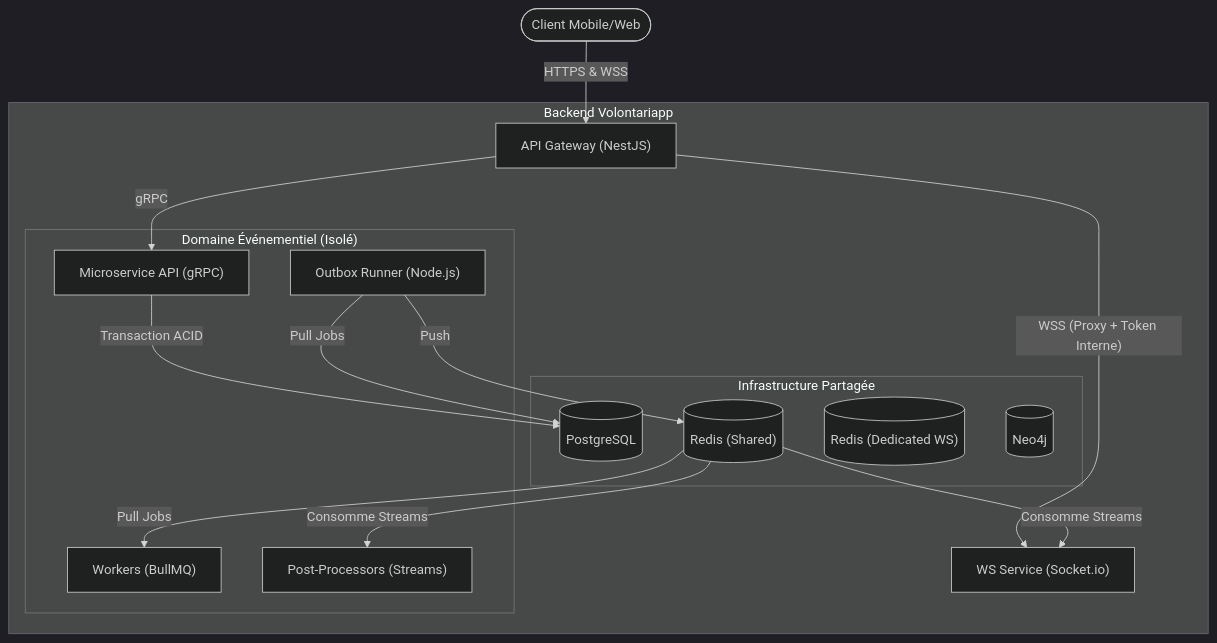
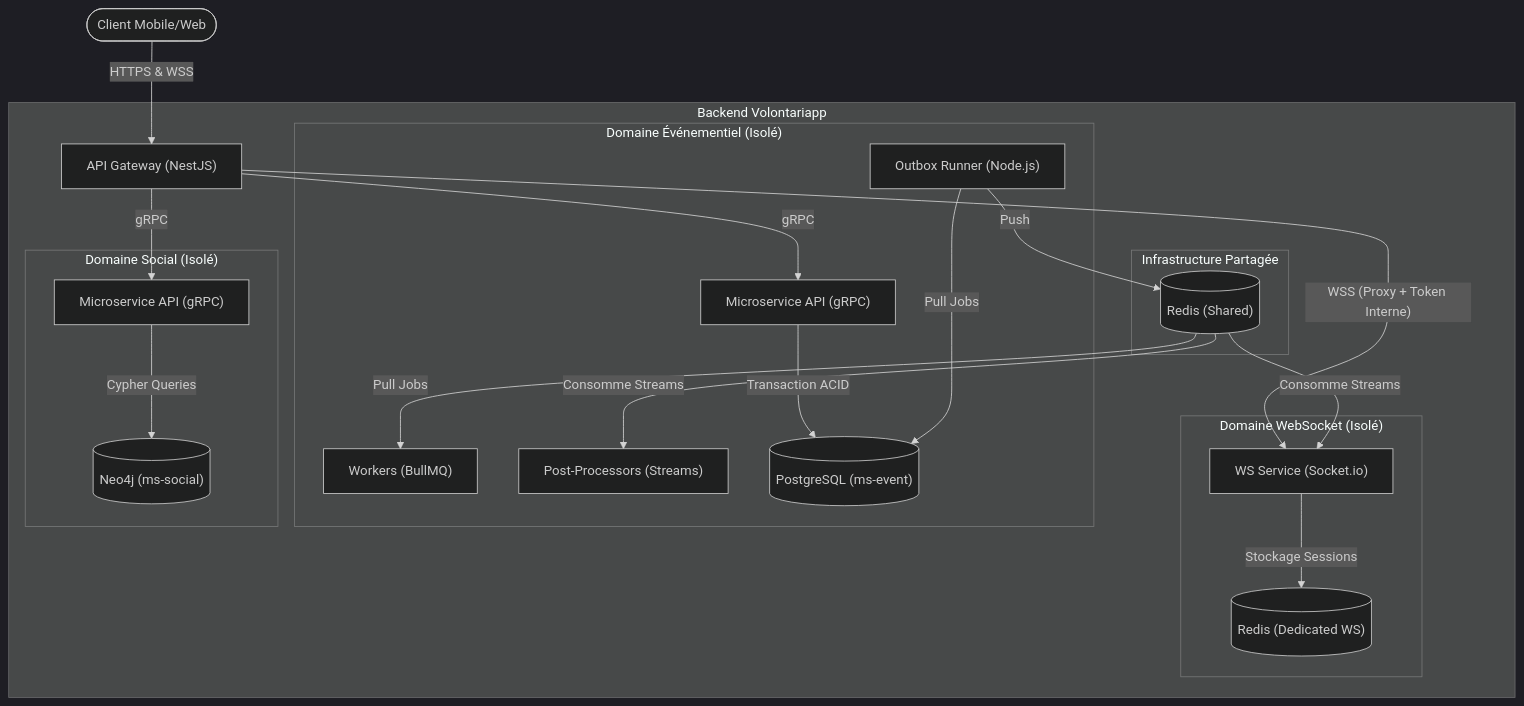
The diagram in docs/C2-Containers.md (Volontariapp/meta), drawn with Mermaid (dark theme) before and after one commit. The commit also changed other lines of this file, not shown here.

Commit message:
feat(docs): README up to date

````diff
--- a/docs/C2-Containers.md
+++ b/docs/C2-Containers.md
@@ -26,37 +27,48 @@
 ```mermaid
 flowchart TD
     user(["Client Mobile/Web"])
 
     subgraph backend ["Backend Volontariapp"]
         
         api_gateway["API Gateway (NestJS)"]
-        ws_service["WS Service (Socket.io)"]
+        
+        subgraph ws_domain ["Domaine WebSocket (Isolé)"]
+            ws_service["WS Service (Socket.io)"]
+            db_redis_ws[("Redis (Dedicated WS)")]
+        end
 
         subgraph domain_event ["Domaine Événementiel (Isolé)"]
             ms_event["Microservice API (gRPC)"]
             outbox_event["Outbox Runner (Node.js)"]
             worker_event["Workers (BullMQ)"]
             pp_event["Post-Processors (Streams)"]
+            db_pg_event[("PostgreSQL (ms-event)")]
+        end
+        
+        subgraph domain_social ["Domaine Social (Isolé)"]
+            ms_social["Microservice API (gRPC)"]
+            db_neo4j[("Neo4j (ms-social)")]
         end
         
         subgraph shared_infra ["Infrastructure Partagée"]
-            db_pg[("PostgreSQL")]
             db_redis[("Redis (Shared)")]
-            db_redis_ws[("Redis (Dedicated WS)")]
-            db_neo4j[("Neo4j")]
         end
     end
 
     user -- "HTTPS & WSS" --> api_gateway
     
     api_gateway -- "WSS (Proxy + Token Interne)" --> ws_service
     api_gateway -- "gRPC" --> ms_event
+    api_gateway -- "gRPC" --> ms_social
     
-    ms_event -- "Transaction ACID" --> db_pg
-    outbox_event -- "Pull Jobs" --> db_pg
+    ms_event -- "Transaction ACID" --> db_pg_event
+    outbox_event -- "Pull Jobs" --> db_pg_event
     outbox_event -- "Push" --> db_redis
+    
+    ms_social -- "Cypher Queries" --> db_neo4j
+    ws_service -- "Stockage Sessions" --> db_redis_ws
     
     db_redis -- "Pull Jobs" --> worker_event
     db_redis -- "Consomme Streams" --> pp_event
     db_redis -- "Consomme Streams" --> ws_service
 ```
````
